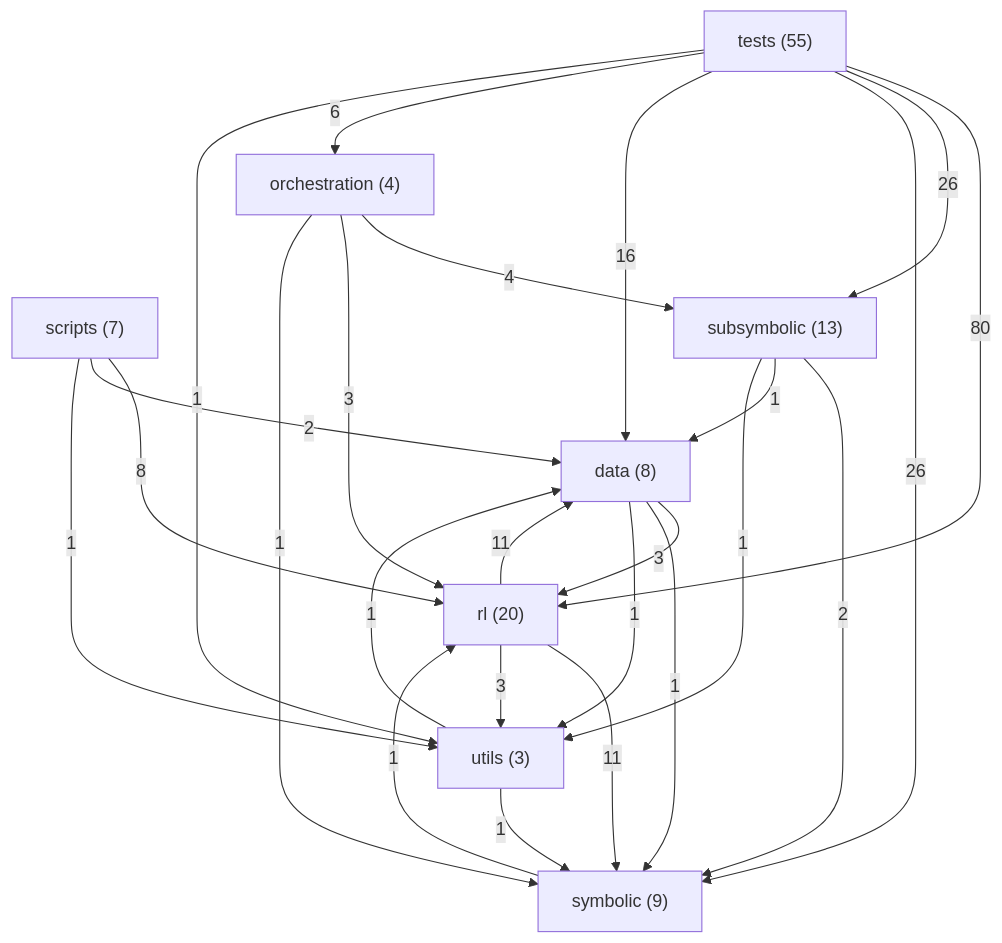
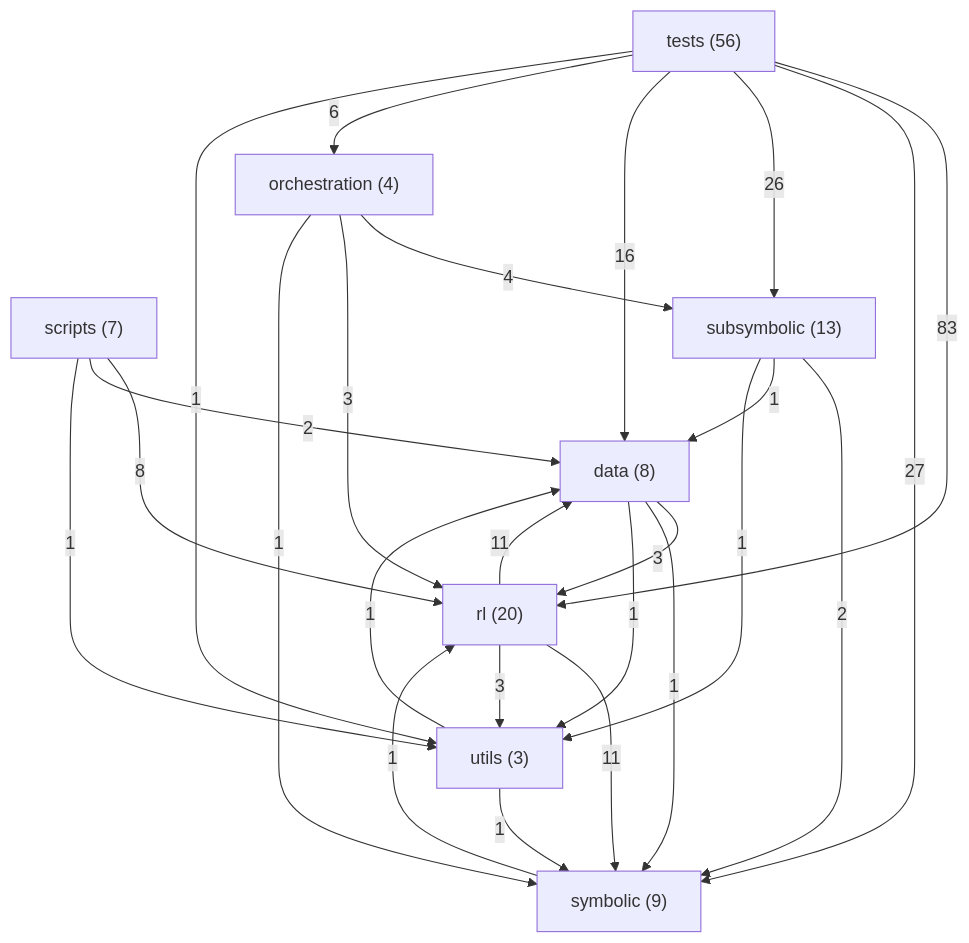
The diagram in ARCHITECTURE.md (danrd/ARC-AGI), drawn with Mermaid before and after one commit. The commit also changed other lines of this file and 4 other files, not shown here.

````diff
--- a/ARCHITECTURE.md
+++ b/ARCHITECTURE.md
@@ -127,35 +127,35 @@
 ```mermaid
 graph TD
   data["data (8)"]
   orchestration["orchestration (4)"]
   rl["rl (20)"]
   scripts["scripts (7)"]
   subsymbolic["subsymbolic (13)"]
   symbolic["symbolic (9)"]
-  tests["tests (55)"]
+  tests["tests (56)"]
   utils["utils (3)"]
-  tests -->|80| rl
+  tests -->|83| rl
+  tests -->|27| symbolic
   tests -->|26| subsymbolic
-  tests -->|26| symbolic
   tests -->|16| data
   rl -->|11| data
   rl -->|11| symbolic
   scripts -->|8| rl
   tests -->|6| orchestration
   orchestration -->|4| subsymbolic
   data -->|3| rl
   orchestration -->|3| rl
   rl -->|3| utils
   scripts -->|2| data
   subsymbolic -->|2| symbolic
   data -->|1| symbolic
   data -->|1| utils
   orchestration -->|1| symbolic
   scripts -->|1| utils
   subsymbolic -->|1| data
   subsymbolic -->|1| utils
   symbolic -->|1| rl
   tests -->|1| utils
   utils -->|1| data
   utils -->|1| symbolic
 ```
````
